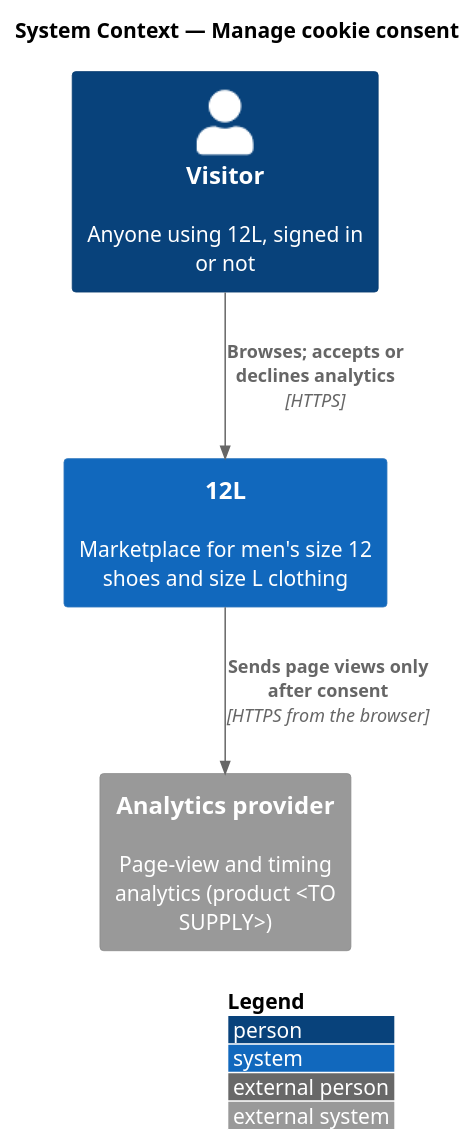
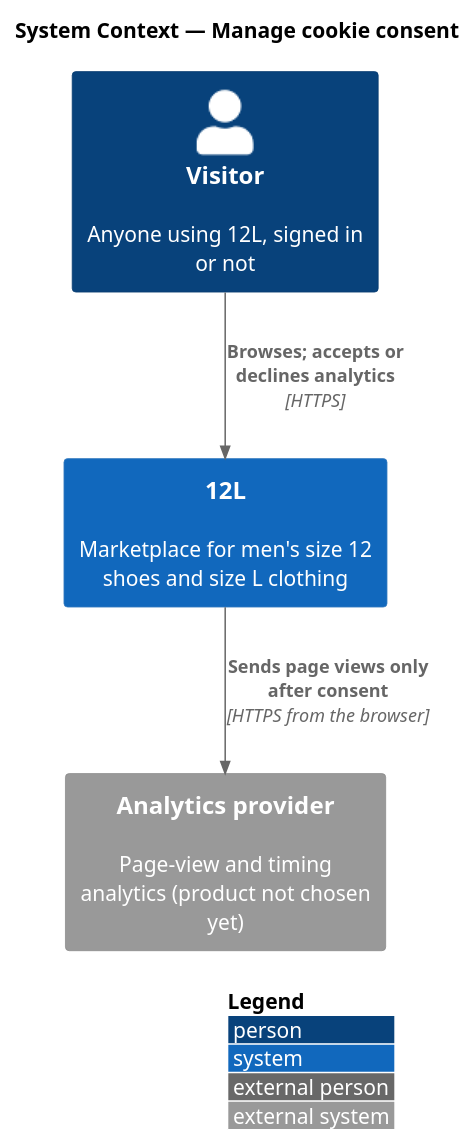
One commit to QuinntyneBrown/12l changed the diagram in docs/detailed-designs/privacy/manage-cookie-consent/diagrams/c4-context.puml. Above: the diagram before and after it, drawn with PlantUML. The commit also changed 76 other files, not shown here.

```diff
--- a/docs/detailed-designs/privacy/manage-cookie-consent/diagrams/c4-context.puml
+++ b/docs/detailed-designs/privacy/manage-cookie-consent/diagrams/c4-context.puml
@@ -1,12 +1,12 @@
 @startuml
 !include <C4/C4_Context>
 LAYOUT_WITH_LEGEND()
 title System Context — Manage cookie consent
 
 Person(visitor, "Visitor", "Anyone using 12L, signed in or not")
 System(twelvel, "12L", "Marketplace for men's size 12 shoes and size L clothing")
-System_Ext(analytics, "Analytics provider", "Page-view and timing analytics (product <TO SUPPLY>)")
+System_Ext(analytics, "Analytics provider", "Page-view and timing analytics (product not chosen yet)")
 
 Rel(visitor, twelvel, "Browses; accepts or declines analytics", "HTTPS")
 Rel(twelvel, analytics, "Sends page views only after consent", "HTTPS from the browser")
 @enduml
```
